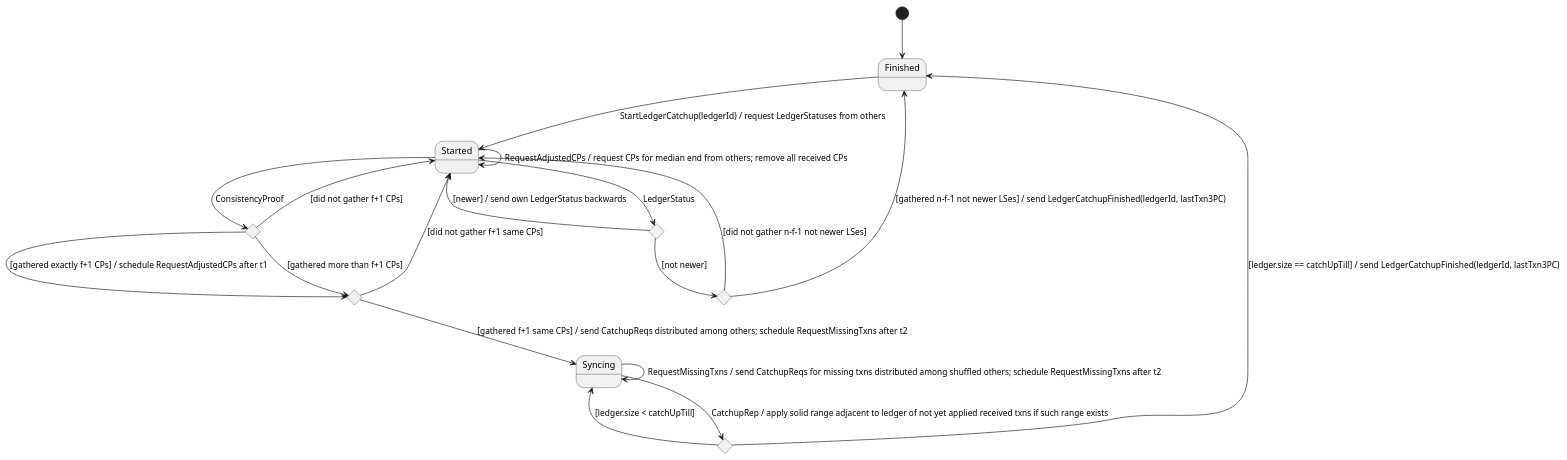
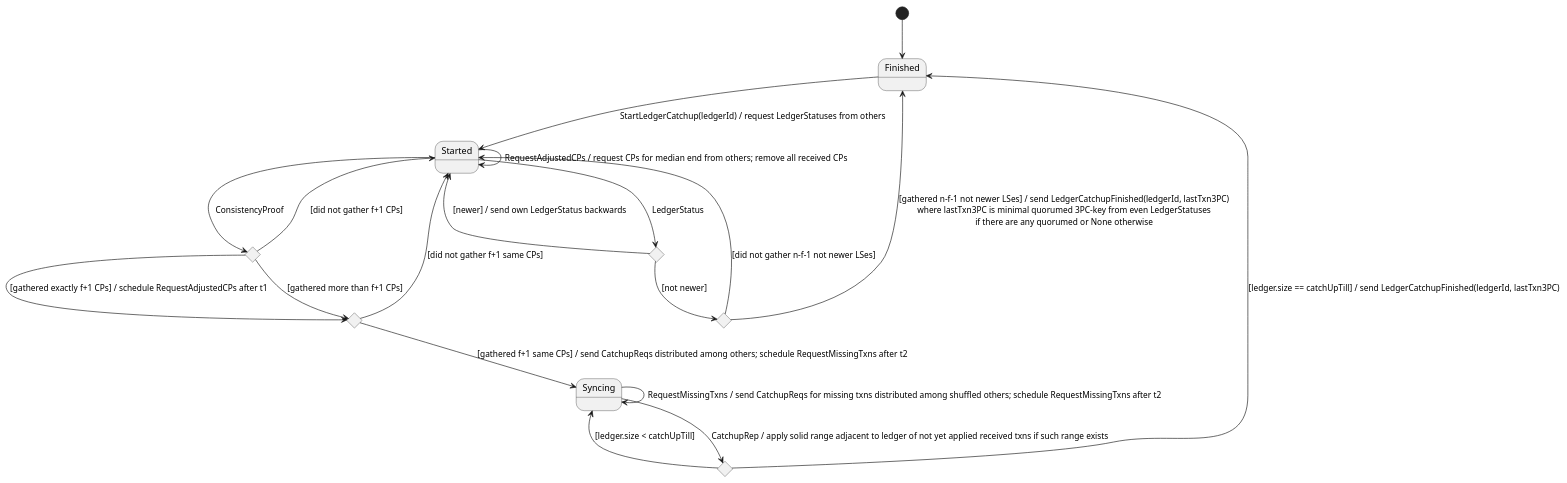
One commit to hyperledger/indy-plenum changed the diagram in design/catch-up-ledger.puml. Above: the diagram before and after it, drawn with PlantUML.

Commit message:
INDY-971: Added comment to catch-up design
- Added a clarification comment to the design of CatchUpLedger actor.

```diff
--- a/design/catch-up-ledger.puml
+++ b/design/catch-up-ledger.puml
@@ -1,35 +1,35 @@
 @startuml
 
 [*] --> Finished
 
 Finished --> Started : StartLedgerCatchup(ledgerId) / request LedgerStatuses from others
 
 state Started_LedgerStatus <<choice>>
 Started --> Started_LedgerStatus : LedgerStatus
 state Started_ConsistencyProof <<choice>>
 Started --> Started_ConsistencyProof : ConsistencyProof
 Started --> Started : RequestAdjustedCPs / request CPs for median end from others; remove all received CPs
 
 Started_LedgerStatus --> Started : [newer] / send own LedgerStatus backwards
 state Started_LedgerStatus_NotNewer <<choice>>
 Started_LedgerStatus --> Started_LedgerStatus_NotNewer : [not newer]
 
-Started_LedgerStatus_NotNewer --> Finished : [gathered n-f-1 not newer LSes] / send LedgerCatchupFinished(ledgerId, lastTxn3PC)
+Started_LedgerStatus_NotNewer --> Finished : [gathered n-f-1 not newer LSes] / send LedgerCatchupFinished(ledgerId, lastTxn3PC)\nwhere lastTxn3PC is minimal quorumed 3PC-key from even LedgerStatuses\nif there are any quorumed or None otherwise
 Started_LedgerStatus_NotNewer --> Started : [did not gather n-f-1 not newer LSes]
 
 state Started_ConsistencyProof_Gathered <<choice>>
 Started_ConsistencyProof --> Started_ConsistencyProof_Gathered : [gathered more than f+1 CPs]
 Started_ConsistencyProof --> Started_ConsistencyProof_Gathered : [gathered exactly f+1 CPs] / schedule RequestAdjustedCPs after t1
 Started_ConsistencyProof --> Started : [did not gather f+1 CPs]
 
 Started_ConsistencyProof_Gathered --> Syncing : [gathered f+1 same CPs] / send CatchupReqs distributed among others; schedule RequestMissingTxns after t2
 Started_ConsistencyProof_Gathered --> Started : [did not gather f+1 same CPs]
 
 state Syncing_CatchupRep <<choice>>
 Syncing --> Syncing : RequestMissingTxns / send CatchupReqs for missing txns distributed among shuffled others; schedule RequestMissingTxns after t2
 Syncing --> Syncing_CatchupRep : CatchupRep / apply solid range adjacent to ledger of not yet applied received txns if such range exists
 
 Syncing_CatchupRep --> Finished : [ledger.size == catchUpTill] / send LedgerCatchupFinished(ledgerId, lastTxn3PC)
 Syncing_CatchupRep --> Syncing : [ledger.size < catchUpTill]
 
 @enduml
```
